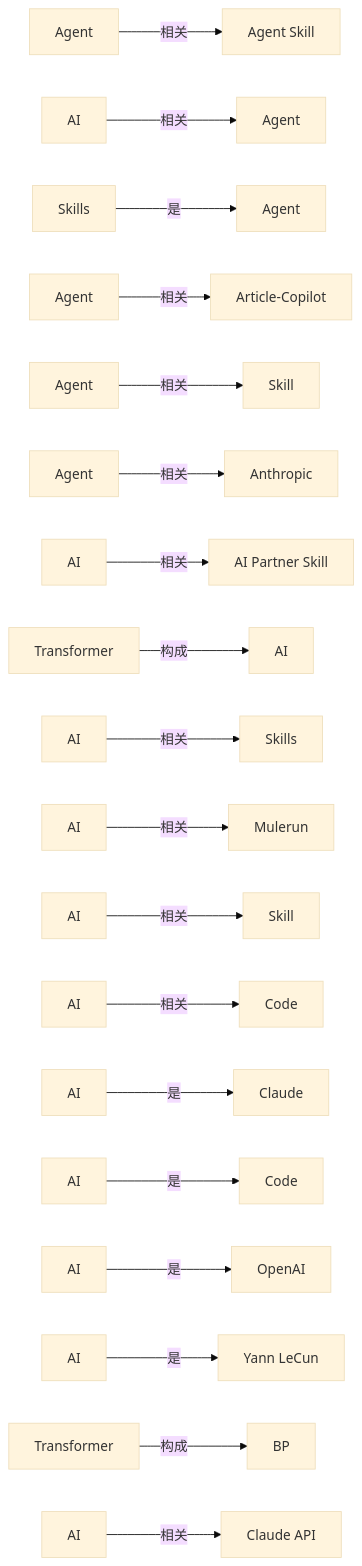
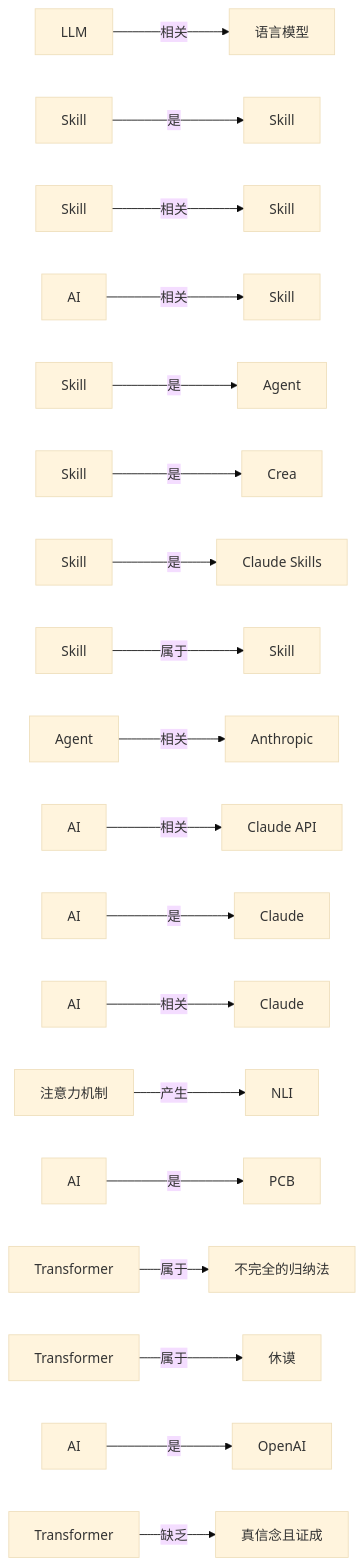
One commit to mwbel/ResearchManjushri changed the second of 2 diagrams in LLM Wiki/wiki/domains/ai智能体.md. Above: the diagram before and after it, drawn with Mermaid (base theme). The commit also changed other lines of this file and 172 other files, not shown here.

````diff
--- a/LLM Wiki/wiki/domains/ai智能体.md
+++ b/LLM Wiki/wiki/domains/ai智能体.md
@@ -59,21 +59,21 @@
 ```mermaid
 flowchart LR
-    C1A["Agent"] -- "相关" --> C1B["Agent Skill"]
-    C2A["AI"] -- "相关" --> C2B["Agent"]
-    C3A["Skills"] -- "是" --> C3B["Agent"]
-    C4A["Agent"] -- "相关" --> C4B["Article-Copilot"]
-    C5A["Agent"] -- "相关" --> C5B["Skill"]
-    C6A["Agent"] -- "相关" --> C6B["Anthropic"]
-    C7A["AI"] -- "相关" --> C7B["AI Partner Skill"]
-    C8A["Transformer"] -- "构成" --> C8B["AI"]
-    C9A["AI"] -- "相关" --> C9B["Skills"]
-    C10A["AI"] -- "相关" --> C10B["Mulerun"]
-    C11A["AI"] -- "相关" --> C11B["Skill"]
-    C12A["AI"] -- "相关" --> C12B["Code"]
-    C13A["AI"] -- "是" --> C13B["Claude"]
-    C14A["AI"] -- "是" --> C14B["Code"]
-    C15A["AI"] -- "是" --> C15B["OpenAI"]
-    C16A["AI"] -- "是" --> C16B["Yann LeCun"]
-    C17A["Transformer"] -- "构成" --> C17B["BP"]
-    C18A["AI"] -- "相关" --> C18B["Claude API"]
+    C1A["LLM"] -- "相关" --> C1B["语言模型"]
+    C2A["Skill"] -- "是" --> C2B["Skill"]
+    C3A["Skill"] -- "相关" --> C3B["Skill"]
+    C4A["AI"] -- "相关" --> C4B["Skill"]
+    C5A["Skill"] -- "是" --> C5B["Agent"]
+    C6A["Skill"] -- "是" --> C6B["Crea"]
+    C7A["Skill"] -- "是" --> C7B["Claude Skills"]
+    C8A["Skill"] -- "属于" --> C8B["Skill"]
+    C9A["Agent"] -- "相关" --> C9B["Anthropic"]
+    C10A["AI"] -- "相关" --> C10B["Claude API"]
+    C11A["AI"] -- "是" --> C11B["Claude"]
+    C12A["AI"] -- "相关" --> C12B["Claude"]
+    C13A["注意力机制"] -- "产生" --> C13B["NLI"]
+    C14A["AI"] -- "是" --> C14B["PCB"]
+    C15A["Transformer"] -- "属于" --> C15B["不完全的归纳法"]
+    C16A["Transformer"] -- "属于" --> C16B["休谟"]
+    C17A["AI"] -- "是" --> C17B["OpenAI"]
+    C18A["Transformer"] -- "缺乏" --> C18B["真信念且证成"]
 ```
````
